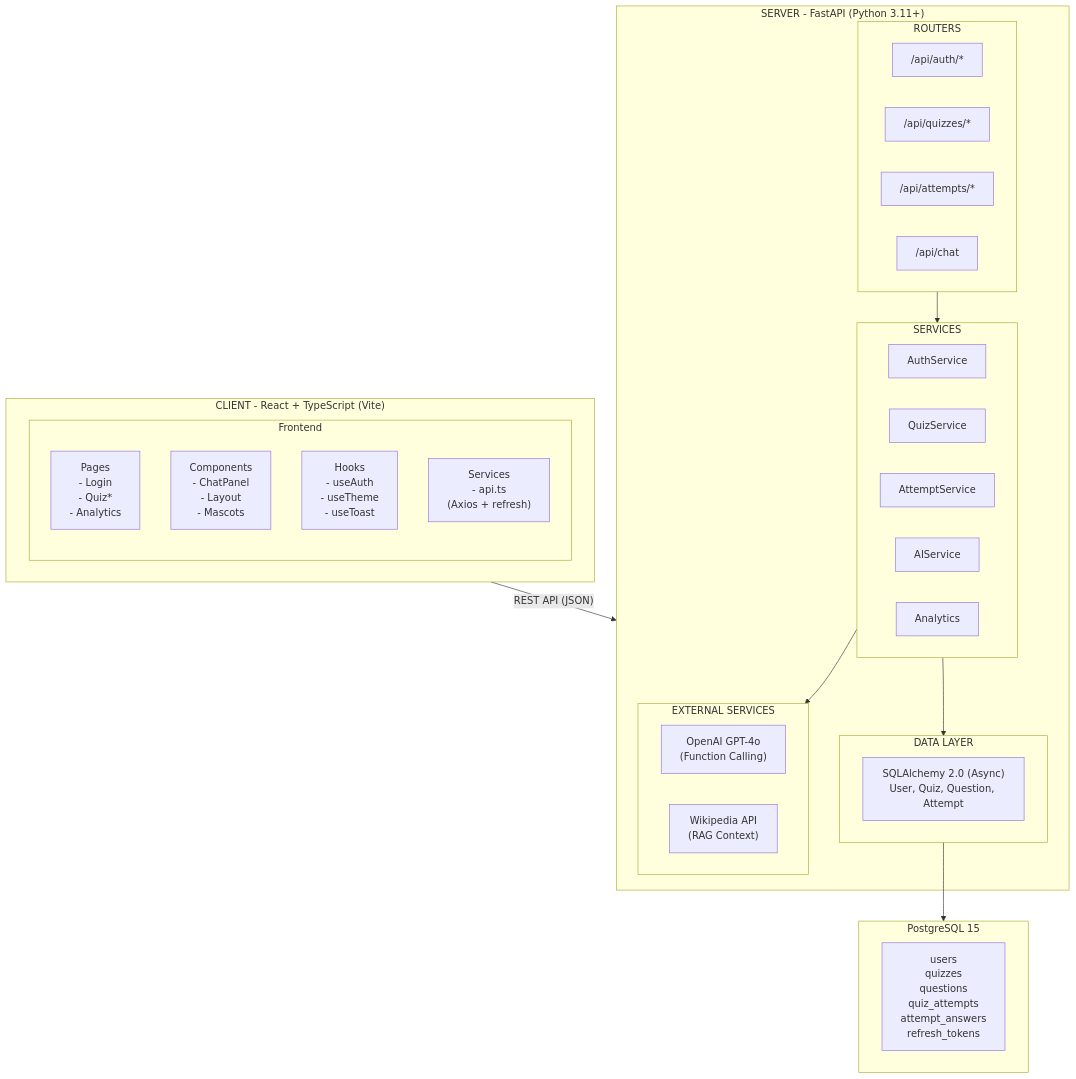
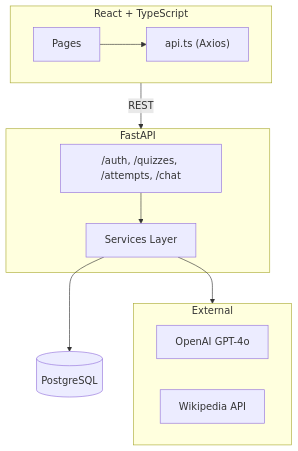
One commit to jakehjung/knowledge_quiz_builder changed the first of 2 diagrams in README.md. Above: the diagram before and after it, drawn with Mermaid. The commit also changed other lines of this file, not shown here.

````diff
--- a/README.md
+++ b/README.md
@@ -57,47 +33,21 @@
 ```mermaid
 flowchart TB
-    subgraph CLIENT["CLIENT - React + TypeScript (Vite)"]
-        subgraph FE_Components["Frontend"]
-            Pages["Pages<br/>- Login<br/>- Quiz*<br/>- Analytics"]
-            Components["Components<br/>- ChatPanel<br/>- Layout<br/>- Mascots"]
-            Hooks["Hooks<br/>- useAuth<br/>- useTheme<br/>- useToast"]
-            Services["Services<br/>- api.ts<br/>(Axios + refresh)"]
-        end
+    subgraph Client["React + TypeScript"]
+        Pages["Pages"] --> API["api.ts (Axios)"]
     end
 
-    subgraph SERVER["SERVER - FastAPI (Python 3.11+)"]
-        subgraph Routers["ROUTERS"]
-            Auth["/api/auth/*"]
-            Quizzes["/api/quizzes/*"]
-            Attempts["/api/attempts/*"]
-            Chat["/api/chat"]
-        end
-
-        subgraph ServicesLayer["SERVICES"]
-            AuthService["AuthService"]
-            QuizService["QuizService"]
-            AttemptService["AttemptService"]
-            AIService["AIService"]
-            AnalyticsService["Analytics"]
-        end
-
-        subgraph DataLayer["DATA LAYER"]
-            ORM["SQLAlchemy 2.0 (Async)<br/>User, Quiz, Question, Attempt"]
-        end
-
-        subgraph External["EXTERNAL SERVICES"]
-            OpenAI["OpenAI GPT-4o<br/>(Function Calling)"]
-            Wikipedia["Wikipedia API<br/>(RAG Context)"]
-        end
+    subgraph Server["FastAPI"]
+        Routers["/auth, /quizzes, /attempts, /chat"]
+        Services["Services Layer"]
+        Routers --> Services
     end
 
-    subgraph DB["PostgreSQL 15"]
-        Tables["users<br/>quizzes<br/>questions<br/>quiz_attempts<br/>attempt_answers<br/>refresh_tokens"]
+    subgraph External["External"]
+        OpenAI["OpenAI GPT-4o"]
+        Wiki["Wikipedia API"]
     end
 
-    CLIENT -->|"REST API (JSON)"| SERVER
-    Routers --> ServicesLayer
-    ServicesLayer --> DataLayer
-    ServicesLayer --> External
-    DataLayer --> DB
+    Client -->|REST| Server
+    Services --> External
+    Services --> DB[(PostgreSQL)]
 ```
````
